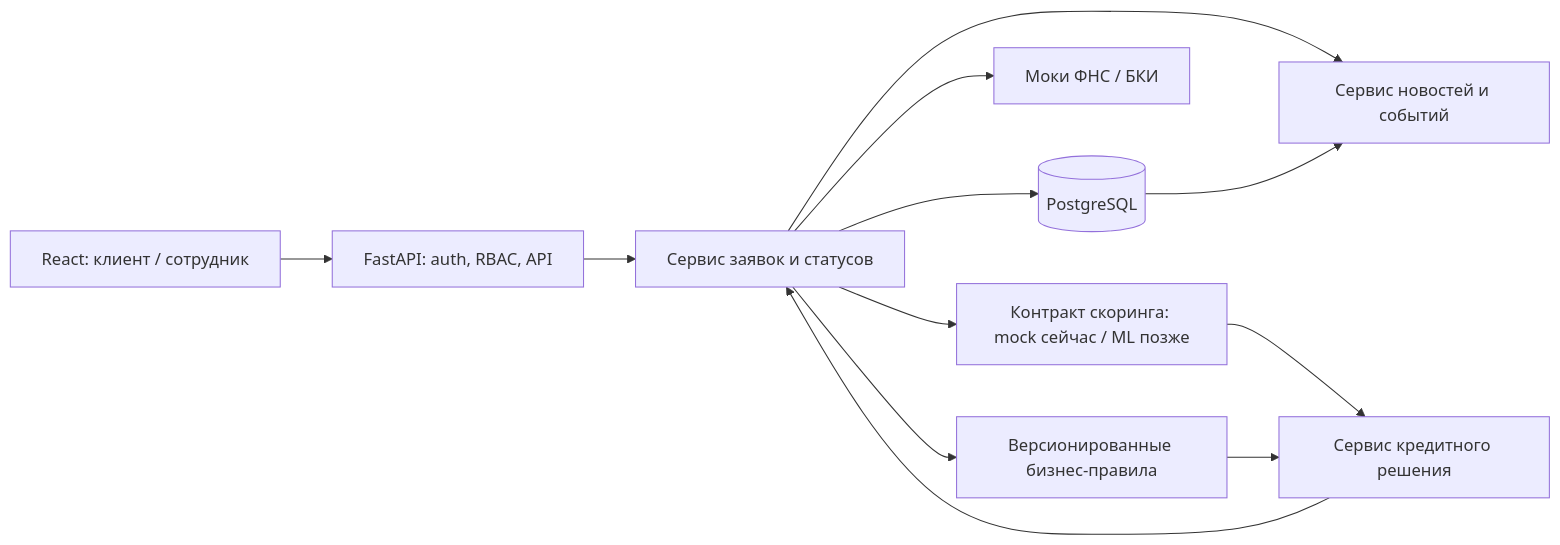
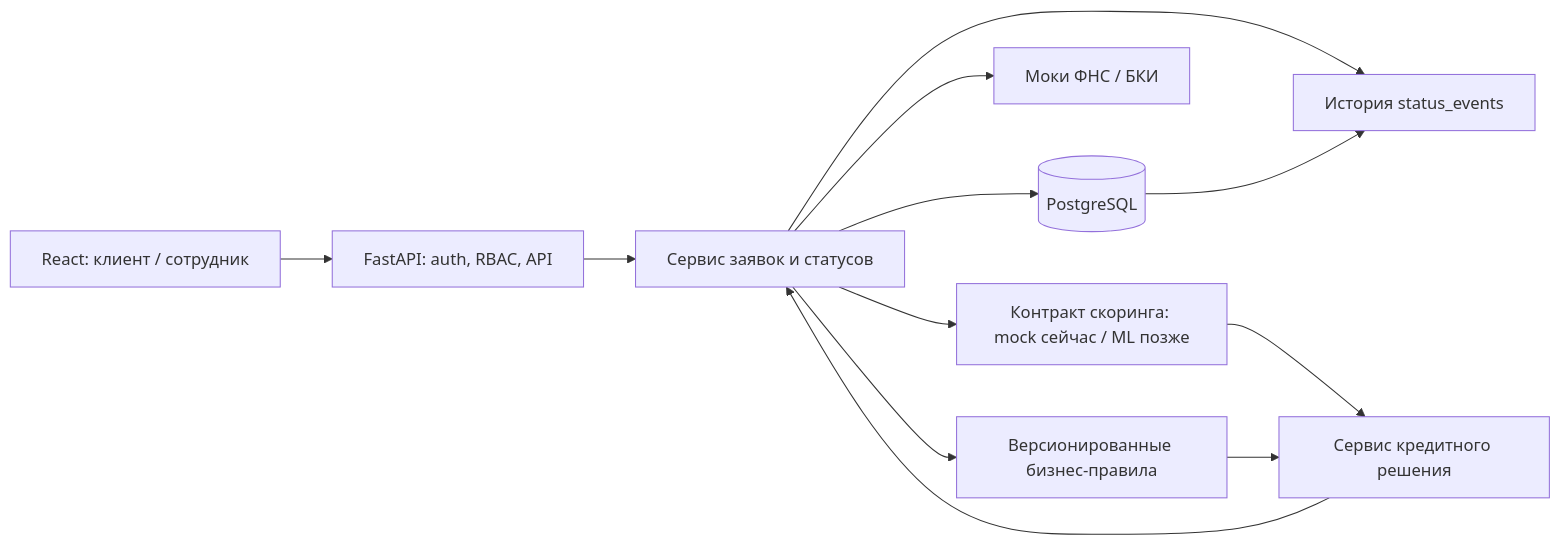
Before and after one commit to c-ch256/alfa-hack-smart-credit-cabinet: the diagram in docs/mvp-spec.md, drawn with Mermaid. The commit also changed other lines of this file and 22 other files, not shown here.

````diff
--- a/docs/mvp-spec.md
+++ b/docs/mvp-spec.md
@@ -37,14 +37,14 @@
 ```mermaid
 flowchart LR
   UI[React: клиент / сотрудник] --> API[FastAPI: auth, RBAC, API]
   API --> APP[Сервис заявок и статусов]
   APP --> DB[(PostgreSQL)]
   APP --> MOCK[Моки ФНС / БКИ]
   APP --> SCORE[Контракт скоринга: mock сейчас / ML позже]
   APP --> RULES[Версионированные бизнес-правила]
   SCORE --> DECISION[Сервис кредитного решения]
   RULES --> DECISION
   DECISION --> APP
-  APP --> FEED[Сервис новостей и событий]
-  DB --> FEED
+  APP --> HISTORY[История status_events]
+  DB --> HISTORY
 ```
````
